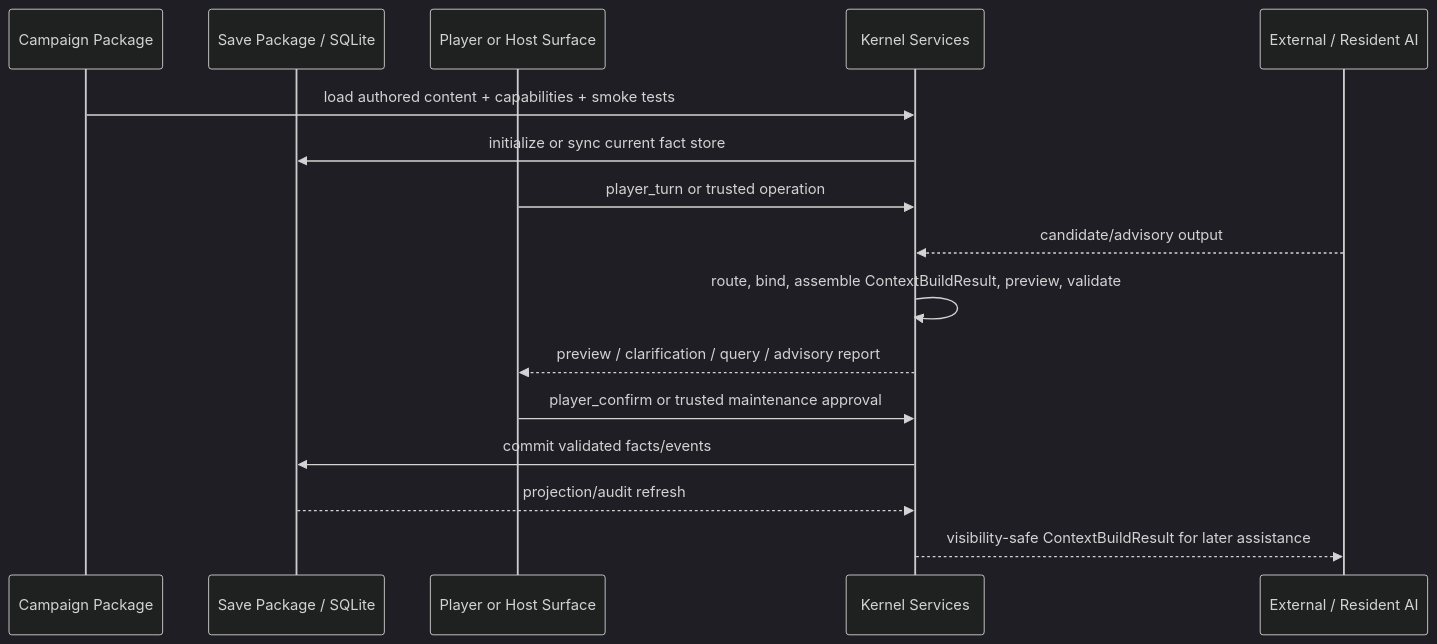
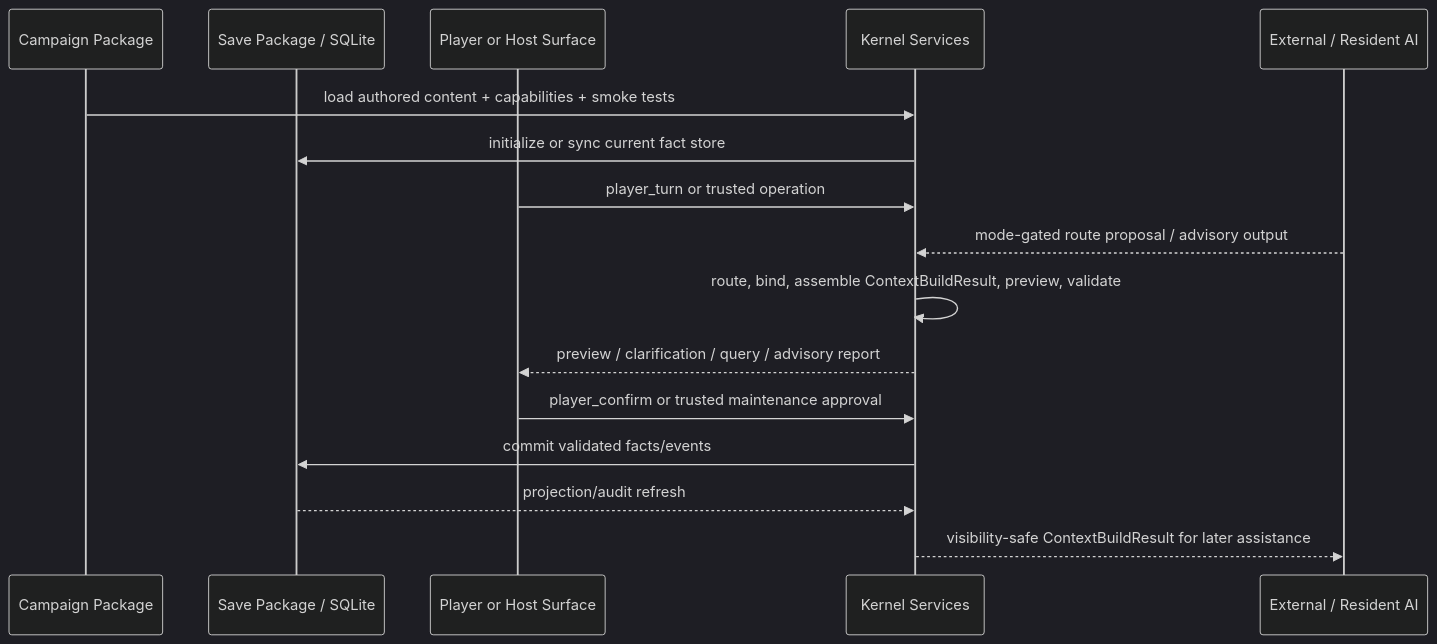
Before and after one commit to 0662x/rpg-engine: the second of 3 diagrams in _bmad-output/planning-artifacts/architecture/architecture-aigm-kernel-foundation-2026-07-04/ARCHITECTURE-SPINE.md, drawn with Mermaid (dark theme). The commit also changed other lines of this file and 6 other files, not shown here.

````diff
--- a/_bmad-output/planning-artifacts/architecture/architecture-aigm-kernel-foundation-2026-07-04/ARCHITECTURE-SPINE.md
+++ b/_bmad-output/planning-artifacts/architecture/architecture-aigm-kernel-foundation-2026-07-04/ARCHITECTURE-SPINE.md
@@ -211,19 +211,19 @@
 ```mermaid
 sequenceDiagram
   participant Campaign as Campaign Package
   participant Save as Save Package / SQLite
   participant Surface as Player or Host Surface
   participant Kernel as Kernel Services
   participant AI as External / Resident AI
 
   Campaign->>Kernel: load authored content + capabilities + smoke tests
   Kernel->>Save: initialize or sync current fact store
   Surface->>Kernel: player_turn or trusted operation
-  AI-->>Kernel: candidate/advisory output
+  AI-->>Kernel: mode-gated route proposal / advisory output
   Kernel->>Kernel: route, bind, assemble ContextBuildResult, preview, validate
   Kernel-->>Surface: preview / clarification / query / advisory report
   Surface->>Kernel: player_confirm or trusted maintenance approval
   Kernel->>Save: commit validated facts/events
   Save-->>Kernel: projection/audit refresh
   Kernel-->>AI: visibility-safe ContextBuildResult for later assistance
 ```
````
